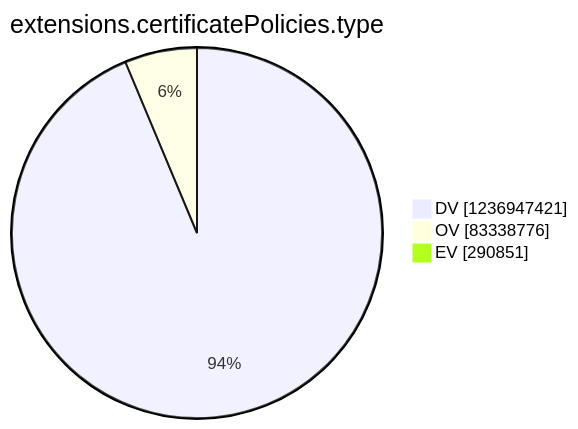
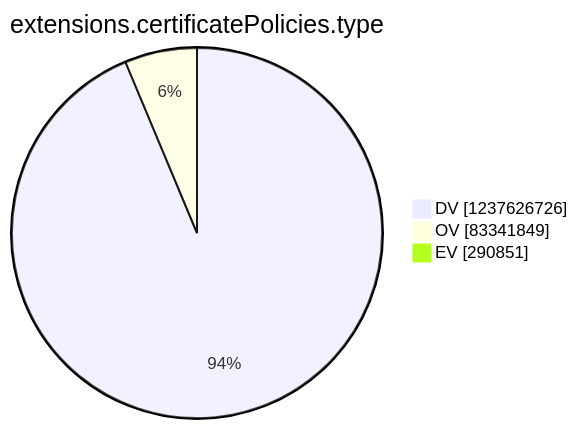
One commit to christiankrug/ctmonitor_visualization changed the tenth of 15 diagrams in argon2022/README.md. Above: the diagram before and after it, drawn with Mermaid. The commit also changed other lines of this file, not shown here.

````diff
--- a/argon2022/README.md
+++ b/argon2022/README.md
@@ -2771,7 +2771,7 @@
 ```mermaid
 pie showData
 title extensions.certificatePolicies.type
-"DV" :1236947421
-"OV" :83338776
+"DV" :1237626726
+"OV" :83341849
 "EV" :290851
 ```
````
